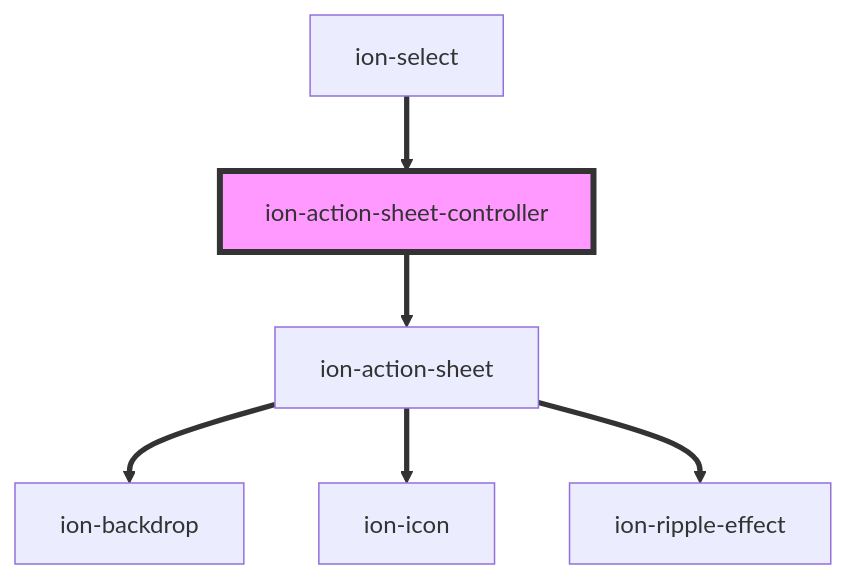
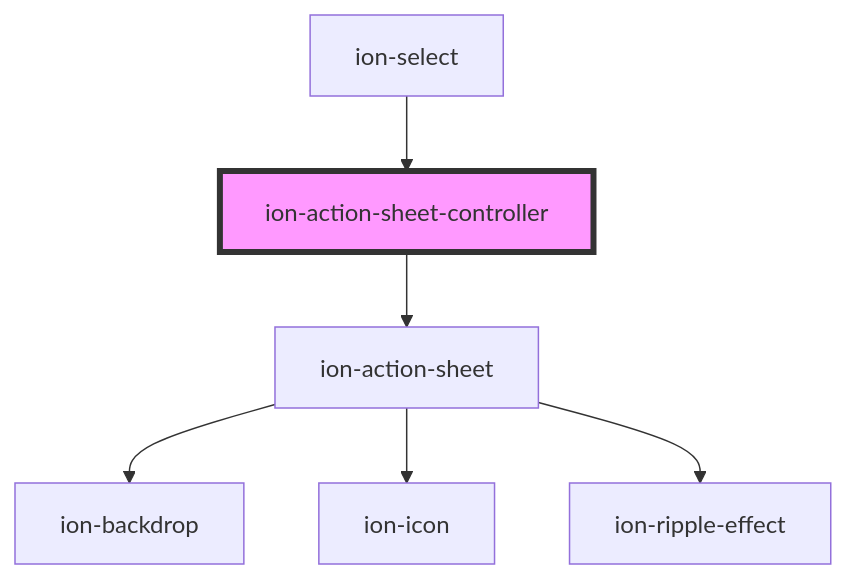
The diagram in core/src/components/action-sheet-controller/readme.md (ionic-team/ionic-framework), drawn with Mermaid before and after one commit. The commit also changed other lines of this file and 39 other files, not shown here.

````diff
--- a/core/src/components/action-sheet-controller/readme.md
+++ b/core/src/components/action-sheet-controller/readme.md
@@ -45,9 +45,9 @@
 ```mermaid
 graph TD;
-  ion-action-sheet-controller ==> ion-action-sheet
-  ion-action-sheet ==> ion-backdrop
-  ion-action-sheet ==> ion-icon
-  ion-action-sheet ==> ion-ripple-effect
-  ion-select ==> ion-action-sheet-controller
+  ion-action-sheet-controller --> ion-action-sheet
+  ion-action-sheet --> ion-backdrop
+  ion-action-sheet --> ion-icon
+  ion-action-sheet --> ion-ripple-effect
+  ion-select --> ion-action-sheet-controller
   style ion-action-sheet-controller fill:#f9f,stroke:#333,stroke-width:4px
 ```
````
